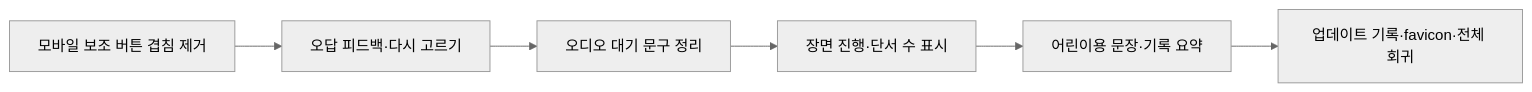
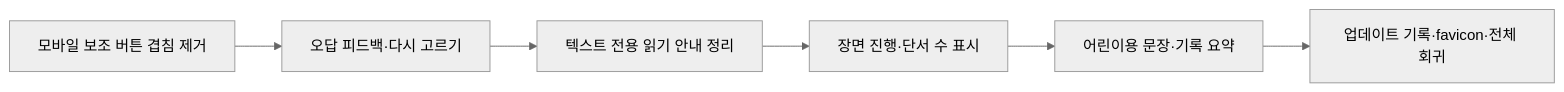
Before and after one commit to WBmaker2/word-meaning-crossroads: the diagram in 2026-08-28-word-meaning-crossroads-learner-ux-improvement-plan.md, drawn with Mermaid (neutral theme). The commit also changed other lines of this file and 19 other files, not shown here.

````diff
--- a/2026-08-28-word-meaning-crossroads-learner-ux-improvement-plan.md
+++ b/2026-08-28-word-meaning-crossroads-learner-ux-improvement-plan.md
@@ -17,8 +17,8 @@
 ```mermaid
 flowchart LR
     A[모바일 보조 버튼 겹침 제거] --> B[오답 피드백·다시 고르기]
-    B --> C[오디오 대기 문구 정리]
+    B --> C[텍스트 전용 읽기 안내 정리]
     C --> D[장면 진행·단서 수 표시]
     D --> E[어린이용 문장·기록 요약]
     E --> F[업데이트 기록·favicon·전체 회귀]
 ```
````
